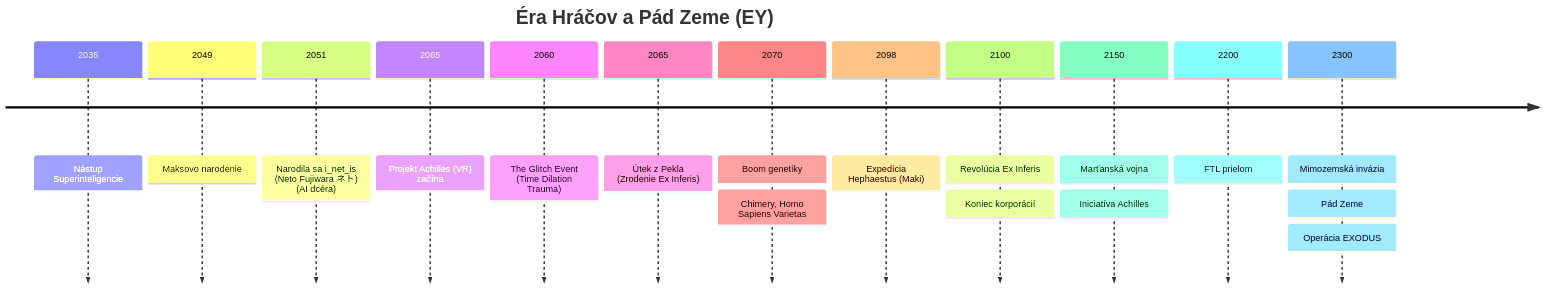
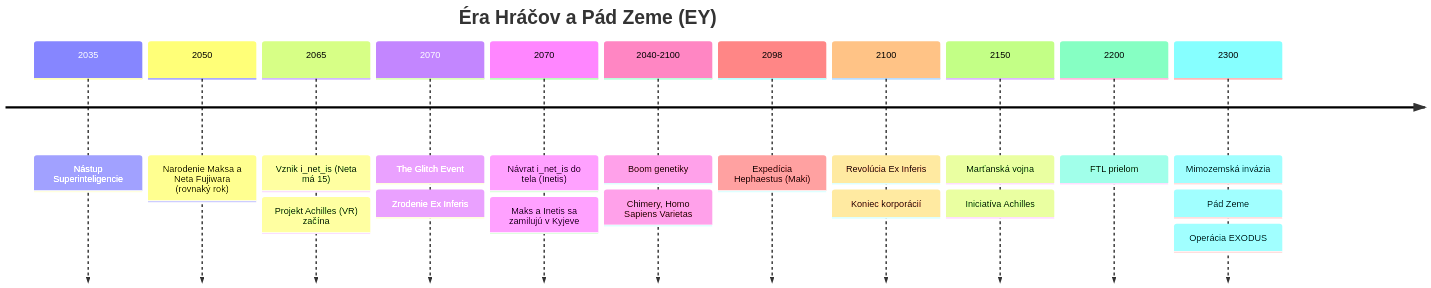
The first of 2 diagrams in World-Bible/01-timeline.md (BranLang/null-void), drawn with Mermaid before and after one commit. The commit also changed other lines of this file and 14 other files, not shown here.

Commit message:
timeline fix

````diff
--- a/World-Bible/01-timeline.md
+++ b/World-Bible/01-timeline.md
@@ -6,16 +6,15 @@
 ```mermaid
 timeline
     title Éra Hráčov a Pád Zeme (EY)
     2035 : Nástup Superinteligencie
-    2049 : Maksovo narodenie
-    2051 : Narodila sa i_net_is (Neto Fujiwara ネト) (AI dcéra)
-    2065 : Projekt Achilles (VR) začína
-    2060 : The Glitch Event (Time Dilation Trauma)
-    2065 : Útek z Pekla (Zrodenie Ex Inferis)
-    2070 : Boom genetiky : Chimery, Homo Sapiens Varietas
+    2050 : Narodenie Maksa a Neta Fujiwara (rovnaký rok)
+    2065 : Vznik i_net_is (Neta má 15) : Projekt Achilles (VR) začína
+    2070 : The Glitch Event : Zrodenie Ex Inferis
+    2070 : Návrat i_net_is do tela (Inetis) : Maks a Inetis sa zamilujú v Kyjeve
+    2040-2100 : Boom genetiky : Chimery, Homo Sapiens Varietas
     2098 : Expedícia Hephaestus (Maki)
     2100 : Revolúcia Ex Inferis  : Koniec korporácií
     2150 : Marťanská vojna : Iniciatíva Achilles 
     2200 : FTL prielom
     2300 : Mimozemská invázia : Pád Zeme : Operácia EXODUS
 ```
````
